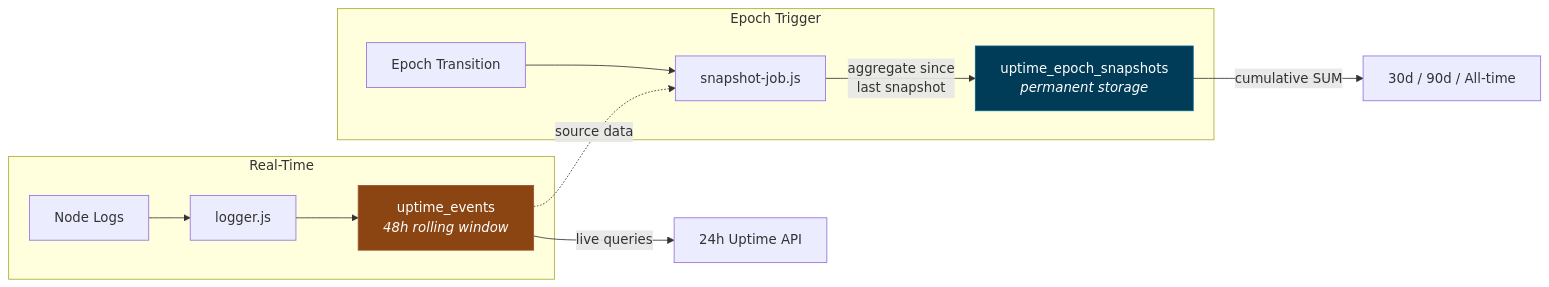
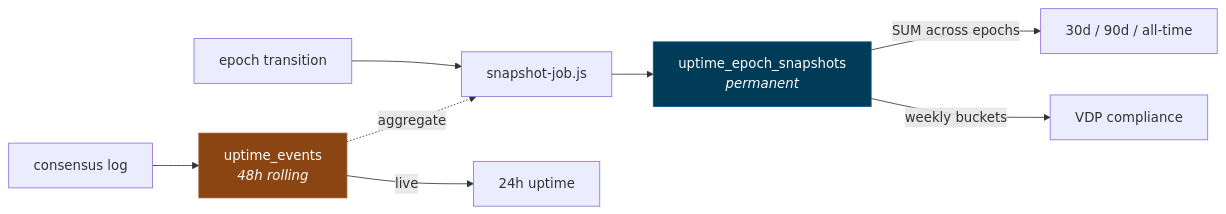
One commit to s0urledd/monad-validator-api changed the second of 2 diagrams in README.md. Above: the diagram before and after it, drawn with Mermaid. The commit also changed other lines of this file, not shown here.

````diff
--- a/README.md
+++ b/README.md
@@ -49,19 +67,14 @@
 ```mermaid
 graph LR
-    subgraph Real-Time
-        LOGS[Node Logs] --> LG2[logger.js]
-        LG2 --> UE[uptime_events<br><i>48h rolling window</i>]
-    end
+    LOGS[consensus log] --> UE[uptime_events<br><i>48h rolling</i>]
+    EP[epoch transition] --> SJ[snapshot-job.js]
+    UE -.->|aggregate| SJ
+    SJ --> ES[uptime_epoch_snapshots<br><i>permanent</i>]
 
-    subgraph Epoch Trigger
-        EP[Epoch Transition] --> SJ2[snapshot-job.js]
-        SJ2 -->|aggregate since<br>last snapshot| ES[uptime_epoch_snapshots<br><i>permanent storage</i>]
-    end
-
-    UE -.->|source data| SJ2
-    UE -->|live queries| API1[24h Uptime API]
-    ES -->|cumulative SUM| API2[30d / 90d / All-time]
+    UE -->|live| A1[24h uptime]
+    ES -->|SUM across epochs| A2[30d / 90d / all-time]
+    ES -->|weekly buckets| A3[VDP compliance]
 
     style UE fill:#8B4513,stroke:#A0522D,color:#fff
     style ES fill:#003B57,stroke:#005f8a,color:#fff
 ```
````
